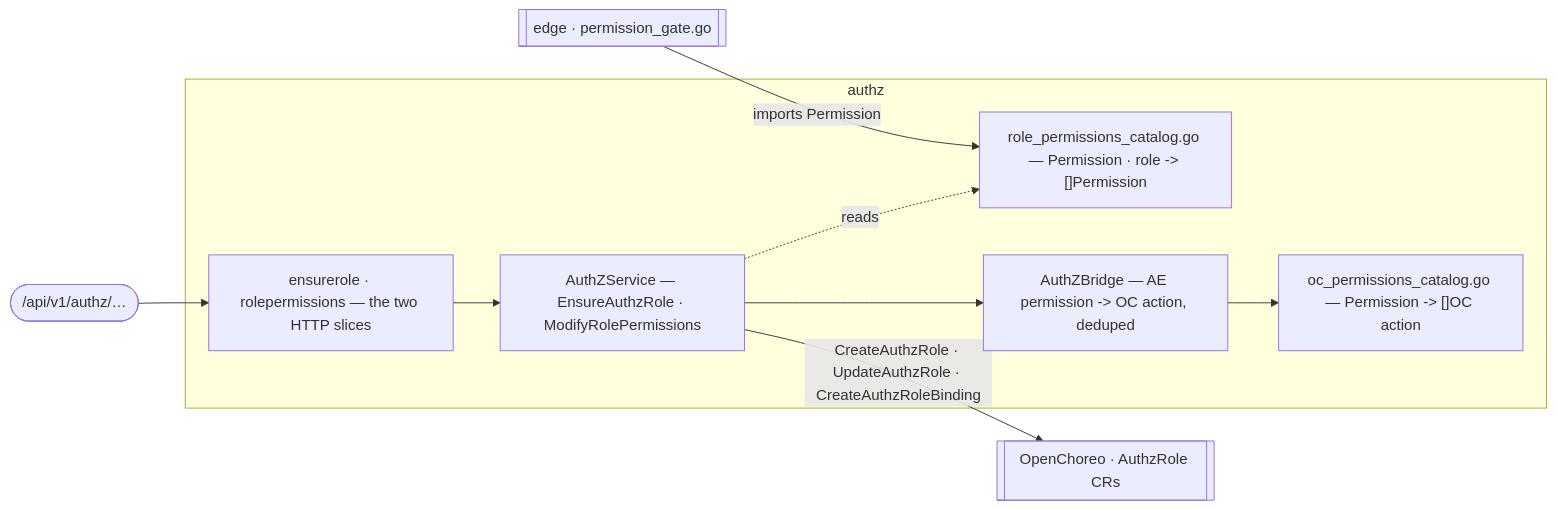
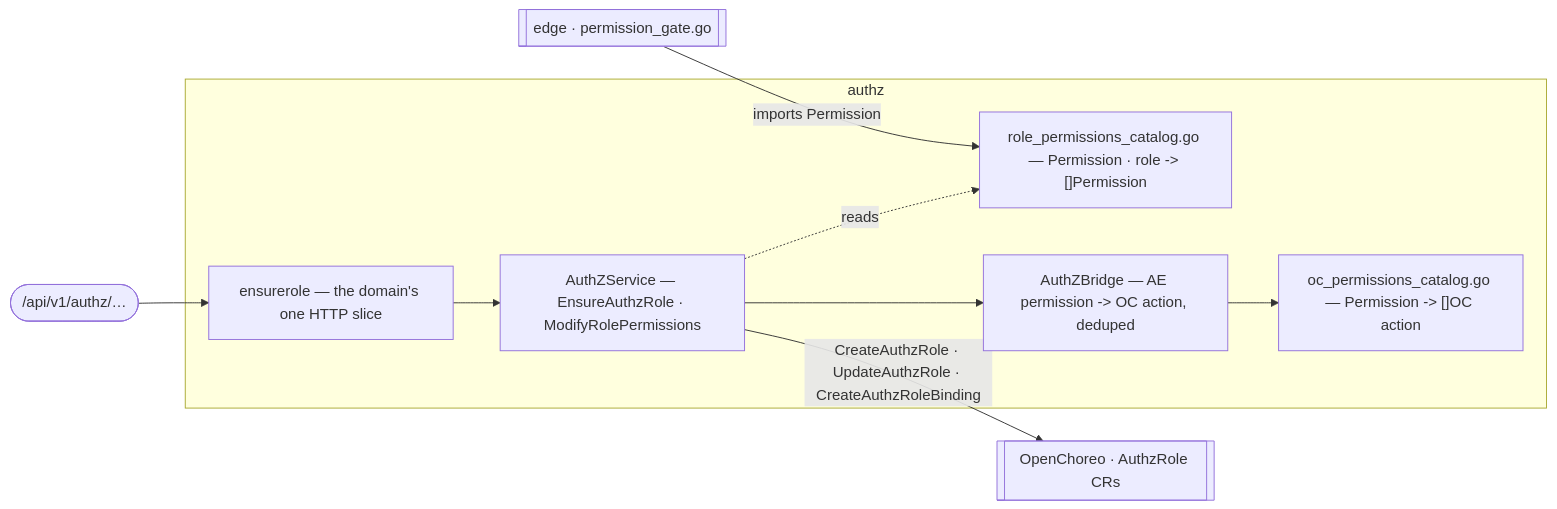
Before and after one commit to wso2/labs-agentic-engineer: the diagram in services/aep-api/internal/authz/README.md, drawn with Mermaid. The commit also changed other lines of this file and 1 other file, not shown here.

````diff
--- a/services/aep-api/internal/authz/README.md
+++ b/services/aep-api/internal/authz/README.md
@@ -18,17 +18,17 @@
 ```mermaid
 flowchart LR
   API(["/api/v1/authz/…"]) --> HTTP
   EDGE[[edge · permission_gate.go]] -->|imports Permission| CAT
   subgraph authz
-    HTTP["ensurerole · rolepermissions — the two HTTP slices"]
+    HTTP["ensurerole — the domain's one HTTP slice"]
     SVC["AuthZService — EnsureAuthzRole · ModifyRolePermissions"]
     BRIDGE["AuthZBridge — AE permission -> OC action, deduped"]
     CAT["role_permissions_catalog.go — Permission · role -> []Permission"]
     OCCAT["oc_permissions_catalog.go — Permission -> []OC action"]
     HTTP --> SVC
     SVC --> BRIDGE
     BRIDGE --> OCCAT
     SVC -.reads.-> CAT
   end
   SVC -->|CreateAuthzRole · UpdateAuthzRole · CreateAuthzRoleBinding| OC[[OpenChoreo · AuthzRole CRs]]
 ```
````
